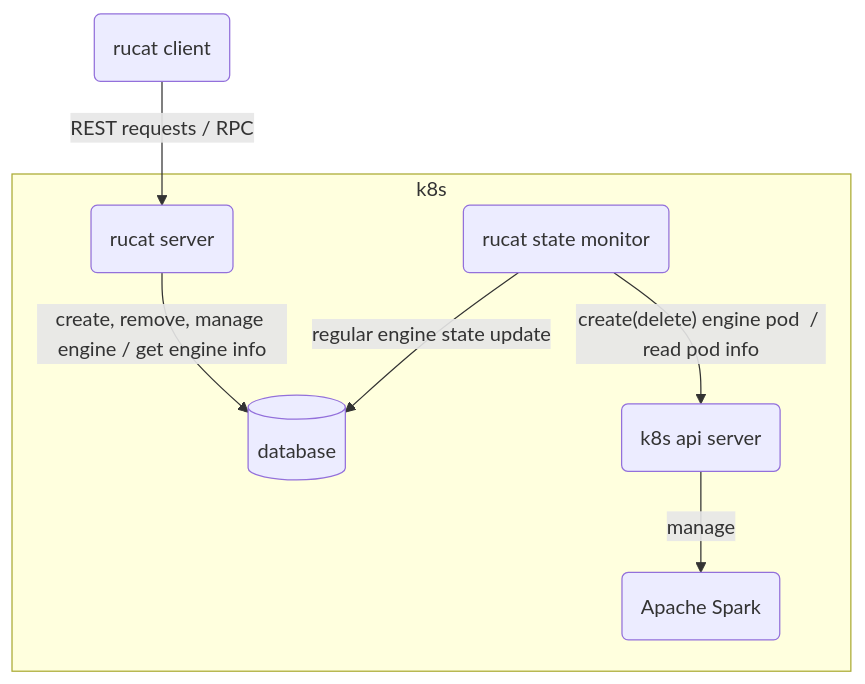
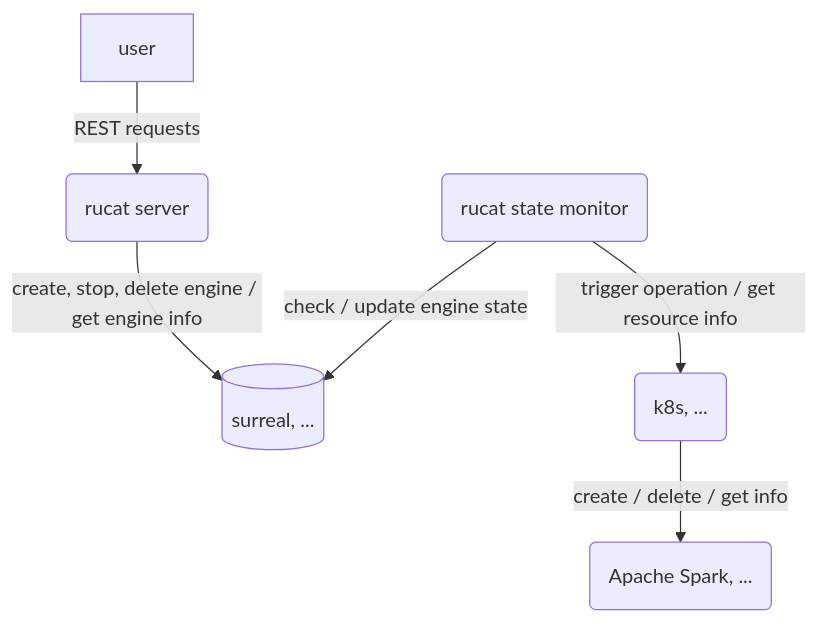
Before and after one commit to HaoYang670/rucat: the first of 2 diagrams in README.md, drawn with Mermaid. The commit also changed other lines of this file, not shown here.

````diff
--- a/README.md
+++ b/README.md
@@ -14,17 +17,14 @@
 ```mermaid
 flowchart
     server(rucat server)
-    engine(Apache Spark)
+    engine(Apache Spark, ...)
     monitor(rucat state monitor)
-    k8s-api(k8s api server)
-    db[(database)]
-    user(rucat client)
-    user -- REST requests / RPC --> server
+    resource-manager(k8s, ...)
+    database[(surreal, ...)]
+    user -- REST requests --> server
 
-    subgraph k8s
-    server -- create, remove, manage engine / get engine info --> db
-    monitor -- regular engine state update --> db
-    monitor -- create(delete) engine pod  / read pod info --> k8s-api
-    k8s-api -- manage --> engine
-    end
+    server -- create, stop, delete engine / get engine info --> database
+    monitor -- check / update engine state --> database
+    monitor -- trigger operation / get resource info --> resource-manager
+    resource-manager -- create / delete / get info --> engine
 ```
````
